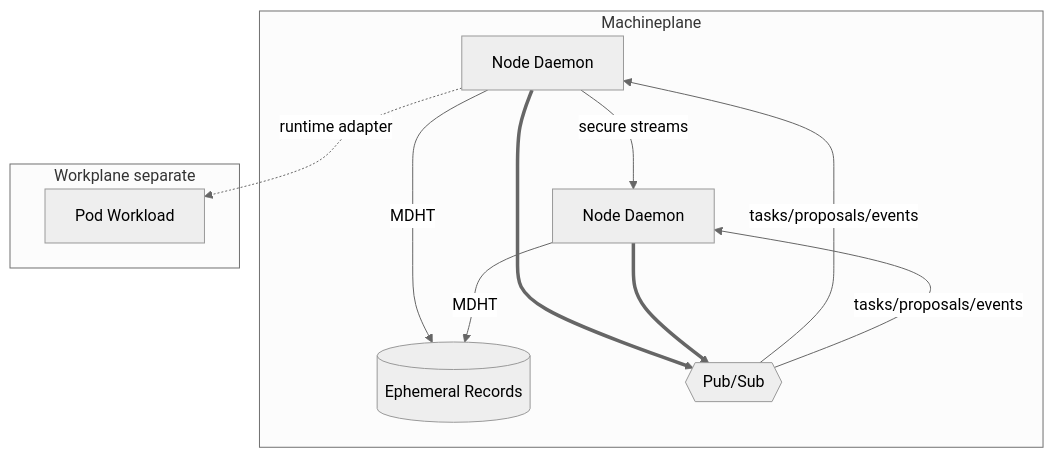
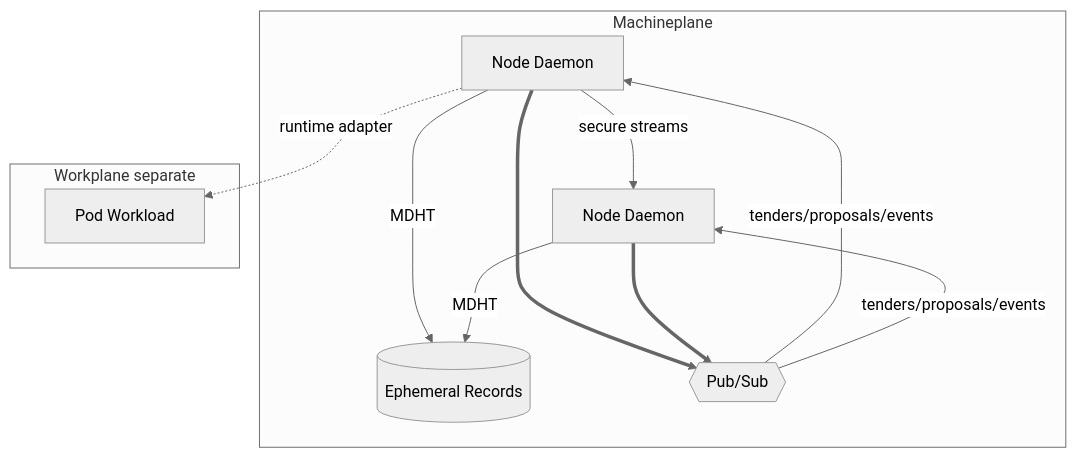
One commit to beemesh/beemesh changed the third of 3 diagrams in machineplane-spec.md. Above: the diagram before and after it, drawn with Mermaid (neutral theme). The commit also changed other lines of this file and 6 other files, not shown here.

````diff
--- a/machineplane-spec.md
+++ b/machineplane-spec.md
@@ -110,18 +110,18 @@
 ```mermaid
 graph TD
   subgraph Machineplane
     A[Node Daemon] -- secure streams --> B[Node Daemon]
     A -- MDHT --> C[(Ephemeral Records)]
     B -- MDHT --> C
     A ==> D{{Pub/Sub}}
     B ==> D
-    D -- tasks/proposals/events --> A
-    D -- tasks/proposals/events --> B
+    D -- tenders/proposals/events --> A
+    D -- tenders/proposals/events --> B
   end
 
   subgraph "Workplane separate"
     E[Pod Workload]
   end
 
   A -.runtime adapter.-> E
 ```
````
